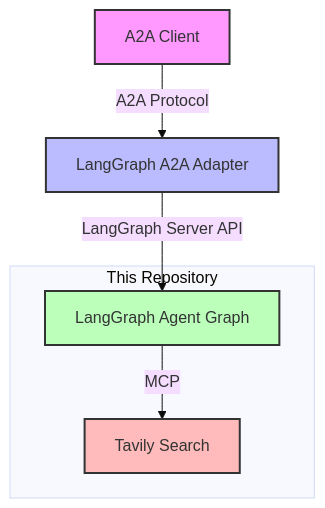
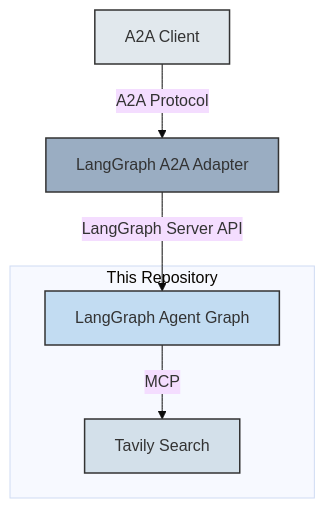
The diagram in README.md (n-sviridenko/langgraph-a2a-mcp-example), drawn with Mermaid (base theme) before and after one commit.

Commit message:
Update colors

````diff
--- a/README.md
+++ b/README.md
@@ -7,16 +7,16 @@
 ```mermaid
 graph TD
     A2AClient[A2A Client] -->|A2A Protocol| A2AAdapter[LangGraph A2A Adapter]
     A2AAdapter -->|LangGraph Server API| Graph[LangGraph Agent Graph]
     Graph -->|MCP| Tavily[Tavily Search]
     
     subgraph "This Repository"
         Graph
         Tavily
     end
     
-    style A2AClient fill:#f9f,stroke:#333,stroke-width:2px
-    style A2AAdapter fill:#bbf,stroke:#333,stroke-width:2px
-    style Graph fill:#bfb,stroke:#333,stroke-width:2px
-    style Tavily fill:#fbb,stroke:#333,stroke-width:2px
+    style A2AClient fill:#e1e8ed,stroke:#333,stroke-width:1.5px
+    style A2AAdapter fill:#9aadc2,stroke:#333,stroke-width:1.5px
+    style Graph fill:#c2dcf2,stroke:#333,stroke-width:1.5px
+    style Tavily fill:#d3e0ea,stroke:#333,stroke-width:1.5px
 ```
````
